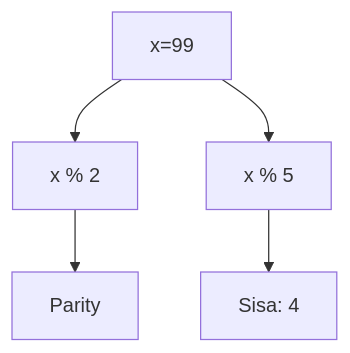
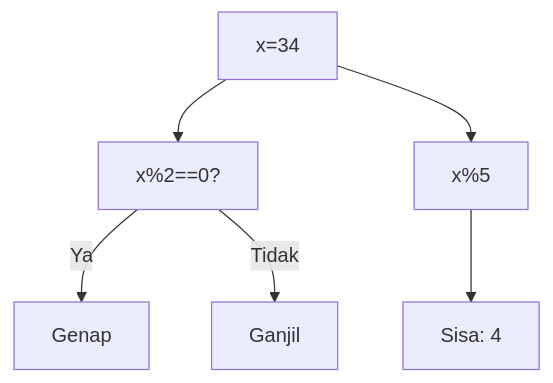
Before and after one commit to amnahwaida/OSNK_INF_PREP: diagram 18 of 25 in part-c-pemahaman-cpp/02-percabangan/latihan/set-03.md, drawn with Mermaid. The commit also changed other lines of this file and 71 other files, not shown here.

Commit message:
Fixed Mermaid syntax lexical errors with quoted labels in 1,800 questions

````diff
--- a/part-c-pemahaman-cpp/02-percabangan/latihan/set-03.md
+++ b/part-c-pemahaman-cpp/02-percabangan/latihan/set-03.md
@@ -507,7 +565,8 @@
 ```mermaid
 graph TD
-A[x=99] --> B[x % 2]
-B --> C[Parity]
-A --> D[x % 5]
-D --> E[Sisa: 4]
+A["x=34"] --> B["x%2==0?"]
+B -- Ya --> C["Genap"]
+B -- Tidak --> D["Ganjil"]
+A --> E["x%5"]
+E --> F["Sisa: 4"]
 ```
````
